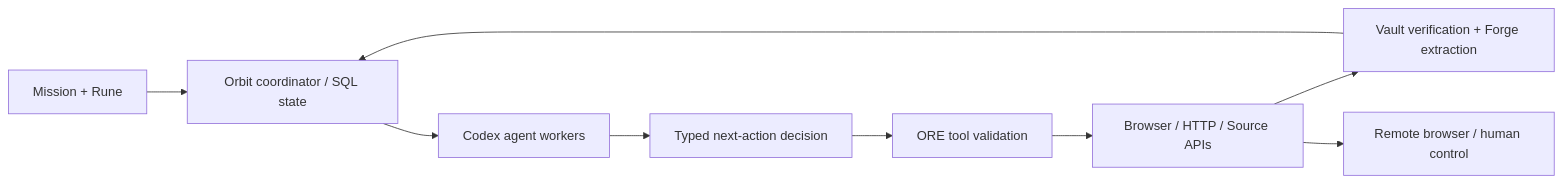
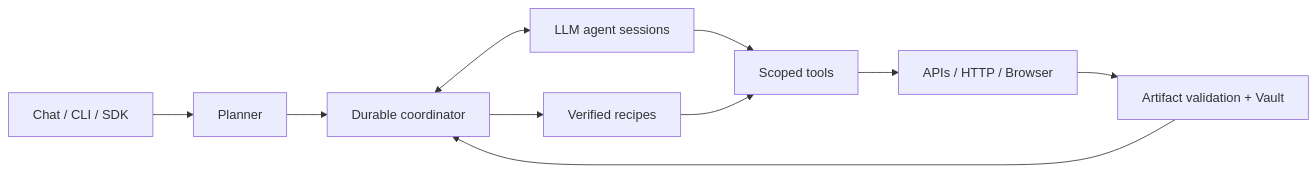
The diagram in README.md (ts06068/ore), drawn with Mermaid before and after one commit. The commit also changed other lines of this file and 280 other files, not shown here.

First line of the commit message:
Prepare ORE 0.6 agent runtime and repository documentation

````diff
--- a/README.md
+++ b/README.md
@@ -43,11 +19,12 @@
 ```mermaid
 flowchart LR
-  U[Mission + Rune] --> O[Orbit coordinator / SQL state]
-  O --> A[Codex agent workers]
-  A --> D[Typed next-action decision]
-  D --> T[ORE tool validation]
-  T --> B[Browser / HTTP / Source APIs]
-  B --> V[Vault verification + Forge extraction]
-  V --> O
-  B --> H[Remote browser / human control]
+    U[Chat / CLI / SDK] --> P[Planner]
+    P --> C[Durable coordinator]
+    C <--> A[LLM agent sessions]
+    A --> T[Scoped tools]
+    C --> R[Verified recipes]
+    R --> T
+    T --> S[APIs / HTTP / Browser]
+    S --> V[Artifact validation + Vault]
+    V --> C
 ```
````
